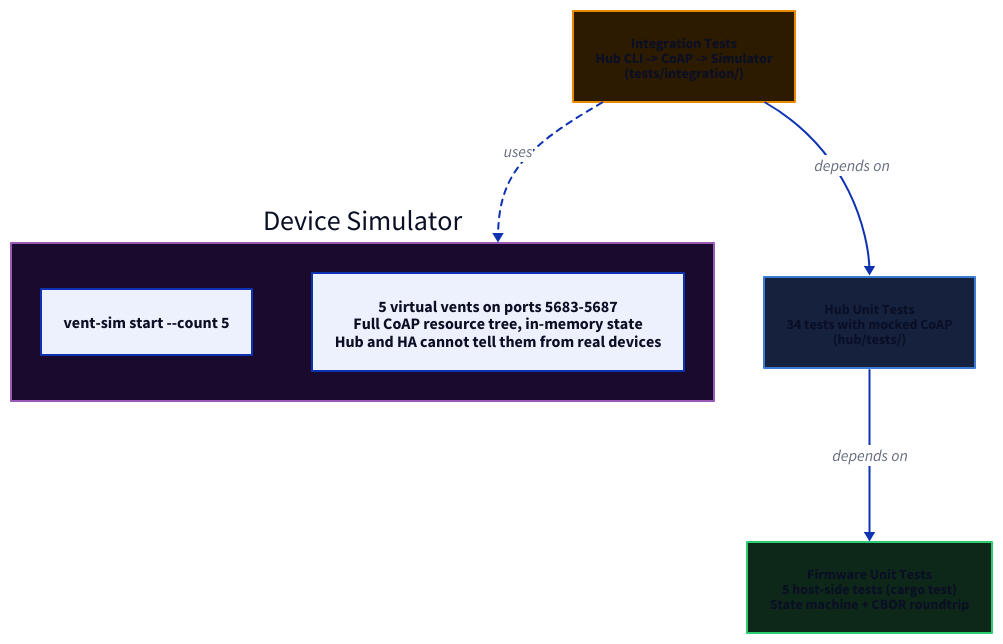
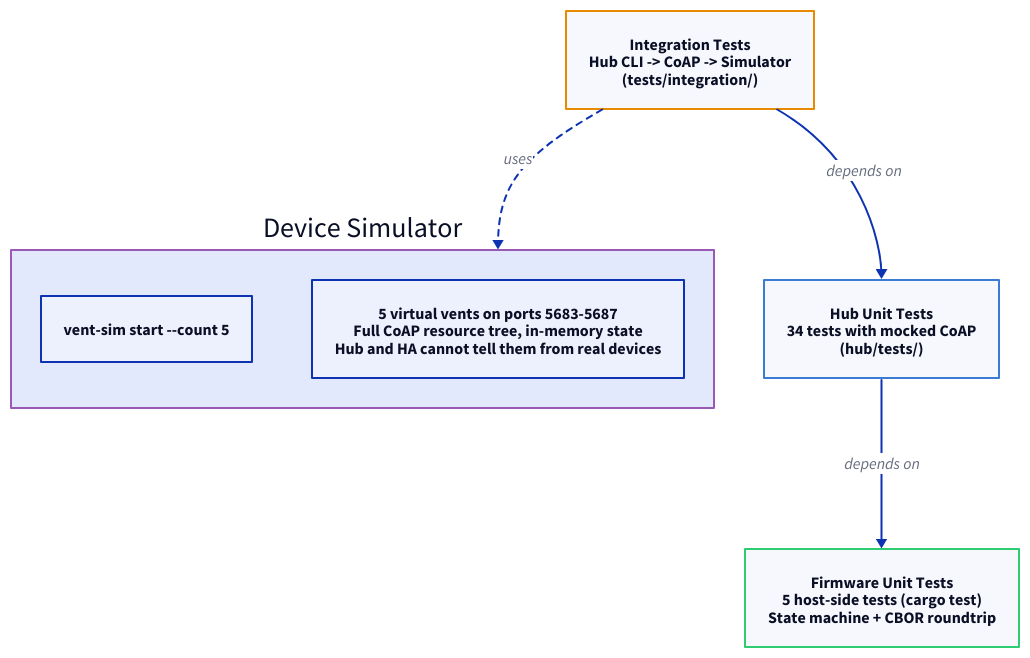
Before and after one commit to EtaCassiopeia/smart-vent: the diagram in docs/diagrams/test-architecture.d2, drawn with D2. The commit also changed 17 other files, not shown here.

First line of the commit message:
Fix text readability in D2 diagrams

```diff
--- a/docs/diagrams/test-architecture.d2
+++ b/docs/diagrams/test-architecture.d2
@@ -1,37 +1,27 @@
 direction: down
 
-integration: Integration Tests {
-  label: "Integration Tests\nHub CLI -> CoAP -> Simulator\n(tests/integration/)"
-  style.fill: "#2d1b00"
+integration: "Integration Tests\nHub CLI -> CoAP -> Simulator\n(tests/integration/)" {
   style.stroke: "#e68a00"
-  style.font-size: 14
 }
 
-hub_tests: Hub Unit Tests {
-  label: "Hub Unit Tests\n34 tests with mocked CoAP\n(hub/tests/)"
-  style.fill: "#16213e"
+hub_tests: "Hub Unit Tests\n34 tests with mocked CoAP\n(hub/tests/)" {
   style.stroke: "#3a7bd5"
-  style.font-size: 14
 }
 
-firmware_tests: Firmware Unit Tests {
-  label: "Firmware Unit Tests\n5 host-side tests (cargo test)\nState machine + CBOR roundtrip"
-  style.fill: "#0d2818"
+firmware_tests: "Firmware Unit Tests\n5 host-side tests (cargo test)\nState machine + CBOR roundtrip" {
   style.stroke: "#2ecc71"
-  style.font-size: 14
 }
 
 integration -> hub_tests: depends on
 hub_tests -> firmware_tests: depends on
 
 simulator: Device Simulator {
-  style.fill: "#1a0a2e"
   style.stroke: "#9b59b6"
 
   cmd: "vent-sim start --count 5"
   detail: "5 virtual vents on ports 5683-5687\nFull CoAP resource tree, in-memory state\nHub and HA cannot tell them from real devices"
 }
 
 integration -> simulator: uses {
   style.stroke-dash: 3
 }
```
